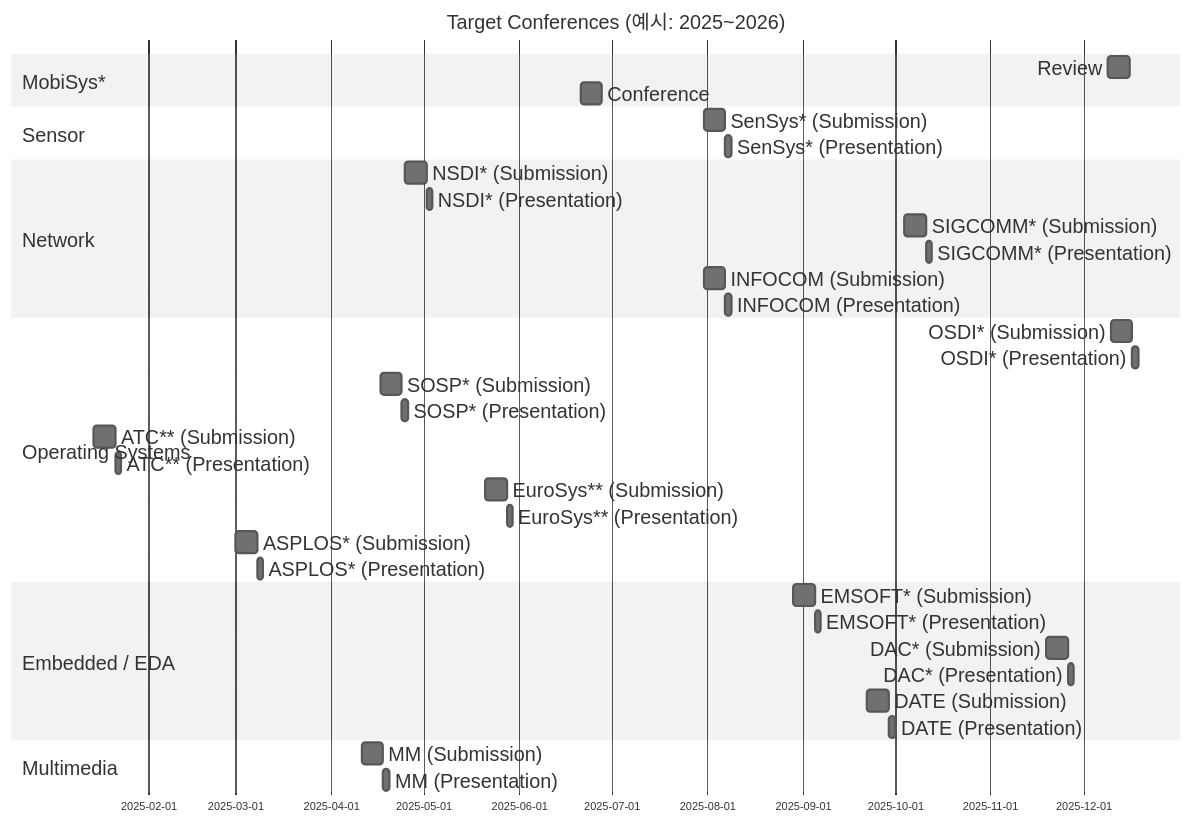
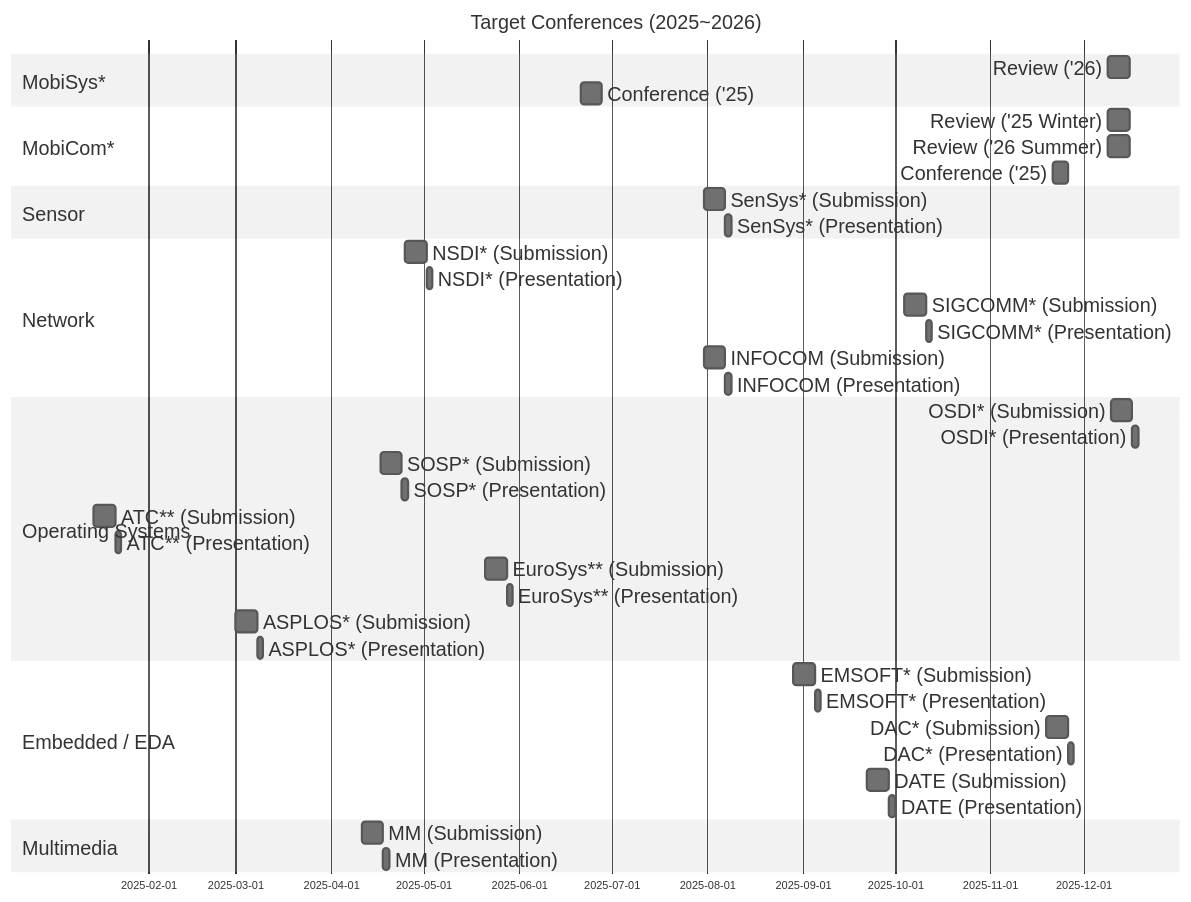
Before and after one commit to iamseonghoon/Mobile-Systems-Conference-Timelines: the diagram in README.md, drawn with Mermaid.

````diff
--- a/README.md
+++ b/README.md
@@ -5,69 +5,75 @@
 ```mermaid
 %%{init: {'theme': 'neutral',
 'themeVariables': { 'fontSize': '18px', 'fontFamily': 'sans-serif'},
 "gantt": {
       "fontSize": 18,
       "sectionFontSize": 18
   }}}%%
 gantt
     dateFormat  YYYY-MM-DD
-    title Target Conferences (예시: 2025~2026)
+    title Target Conferences (2025~2026)
 
     %% --------------------------
     %% Mobile
     %% --------------------------
     section MobiSys*
-    Review          :mobisys-review,    2025-12-09, 7d
-    Conference      :mobisys-conf,    2025-06-21, 7d
+    Review ('26)        :mobisys-review,    2025-12-09, 7d
+    Conference ('25)      :mobisys-conf,    2025-06-21, 7d
+    
+
+    section MobiCom*
+    Review ('25 Winter)       :mobicom-review1,    2025-12-09, 7d
+    Review ('26 Summer)       :mobicom-review2,    2025-12-09, 7d
+    Conference ('25)          :mobicom-conf,    2025-11-21, 5d
 
     %% --------------------------
     %% Sensor
     %% --------------------------
     section Sensor
     SenSys* (Submission)        :sens-sub,  2025-07-31, 7d
     SenSys* (Presentation)      :sens-pres, after sens-sub, 2d
 
     %% --------------------------
     %% Network
     %% --------------------------
     section Network
     NSDI* (Submission)          :nsdi-sub,  2025-04-25, 7d
     NSDI* (Presentation)        :nsdi-pres, after nsdi-sub, 2d
     SIGCOMM* (Submission)       :sig-sub,   2025-10-04, 7d
     SIGCOMM* (Presentation)     :sig-pres,  after sig-sub, 2d
     INFOCOM (Submission)        :info-sub,  2025-07-31, 7d
     INFOCOM (Presentation)      :info-pres, after info-sub, 2d
 
     %% --------------------------
     %% Operating Systems
     %% --------------------------
     section Operating Systems
     OSDI* (Submission)          :osdi-sub,  2025-12-10, 7d
     OSDI* (Presentation)        :osdi-pres, after osdi-sub, 2d
     SOSP* (Submission)          :sosp-sub,  2025-04-17, 7d
     SOSP* (Presentation)        :sosp-pres, after sosp-sub, 2d
     ATC** (Submission)          :atc-sub,   2025-01-14, 7d
     ATC** (Presentation)        :atc-pres,  after atc-sub, 2d
     EuroSys** (Submission)      :euros-sub, 2025-05-21, 7d
     EuroSys** (Presentation)    :euros-pres,after euros-sub, 2d
     ASPLOS* (Submission)        :aspl-sub,  2025-03-01, 7d
     ASPLOS* (Presentation)      :aspl-pres, after aspl-sub, 2d
 
     %% --------------------------
     %% Embedded / EDA
     %% --------------------------
     section Embedded / EDA
     EMSOFT* (Submission)        :ems-sub,   2025-08-29, 7d
     EMSOFT* (Presentation)      :ems-pres,  after ems-sub, 2d
     DAC* (Submission)           :dac-sub,   2025-11-19, 7d
     DAC* (Presentation)         :dac-pres,  after dac-sub, 2d
     DATE (Submission)           :date-sub,  2025-09-22, 7d
     DATE (Presentation)         :date-pres, after date-sub, 2d
 
     %% --------------------------
     %% Multimedia
     %% --------------------------
     section Multimedia
     MM (Submission)             :mm-sub,    2025-04-11, 7d
     MM (Presentation)           :mm-pres,   after mm-sub, 2d
 ```
````
